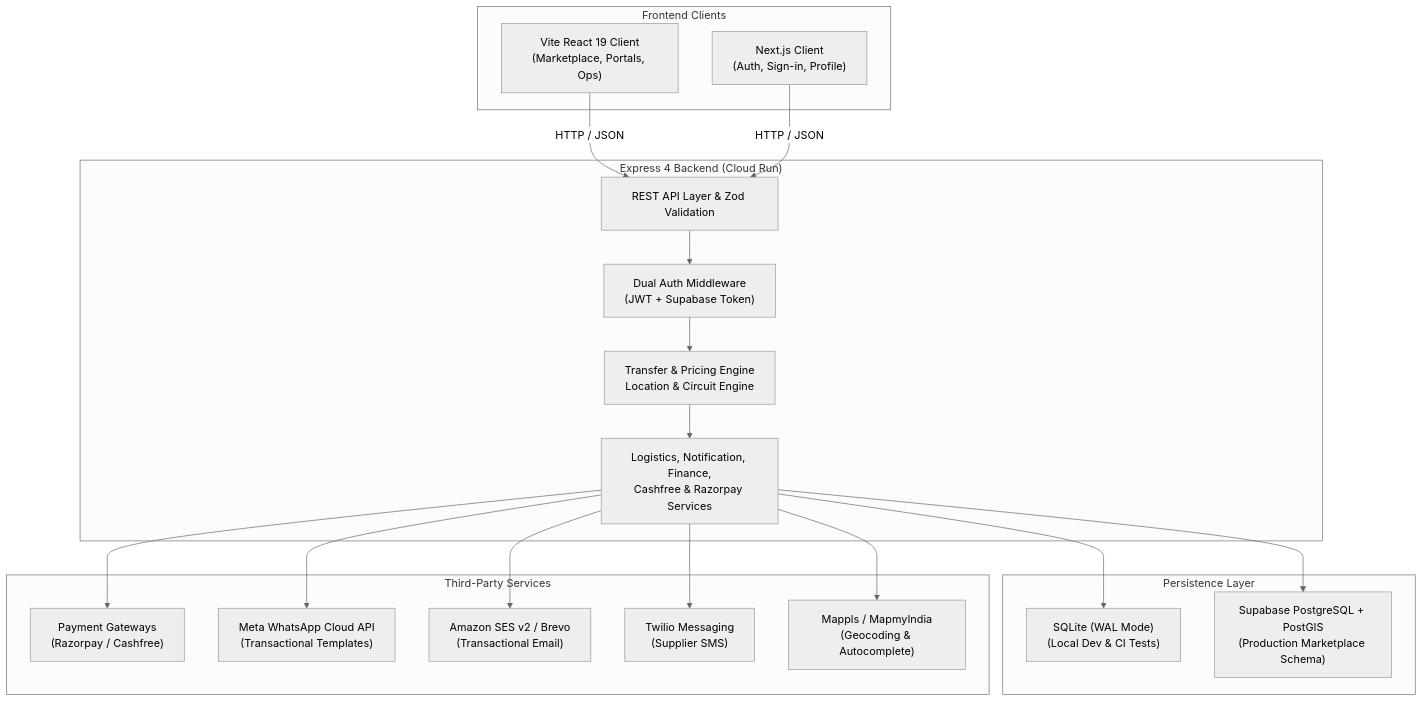
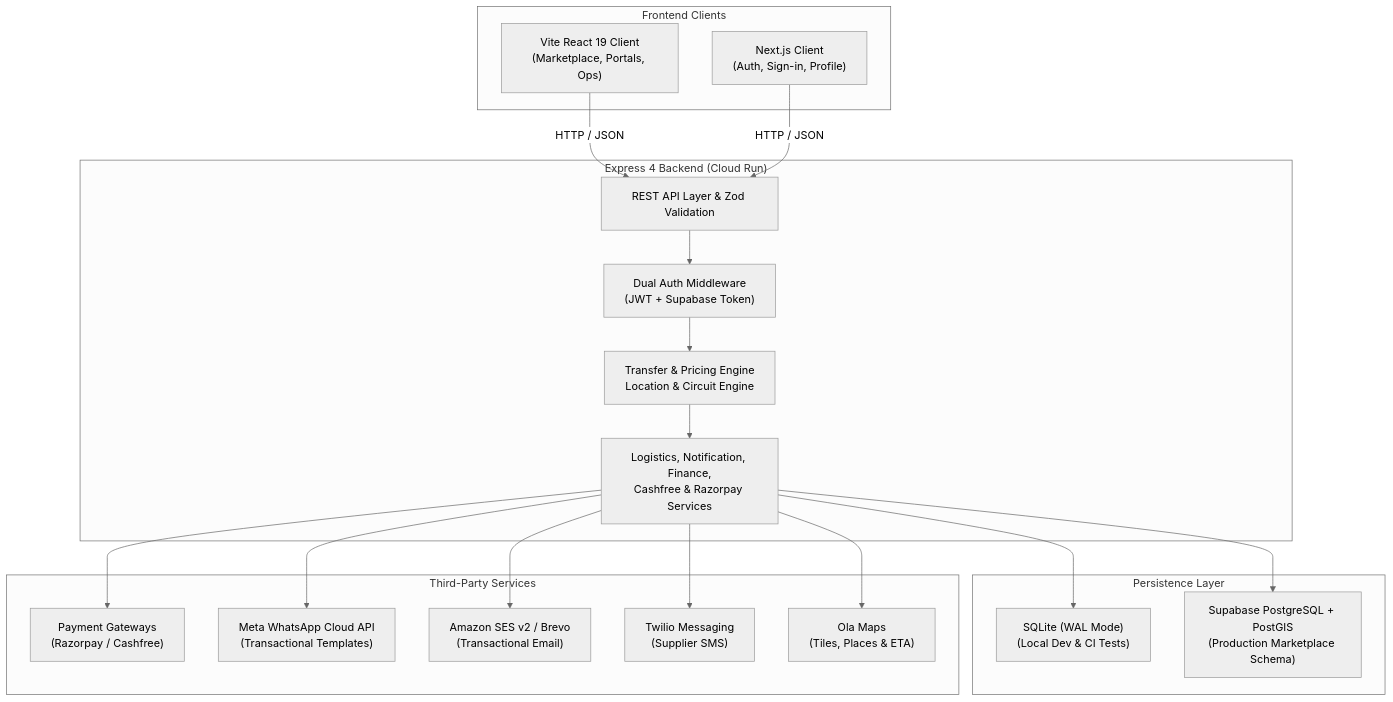
One commit to ideaholiday/itour changed the first of 5 diagrams in docs/ARCHITECTURE.md. Above: the diagram before and after it, drawn with Mermaid (neutral theme). The commit also changed other lines of this file and 23 other files, not shown here.

First line of the commit message:
feat(maps): Ola Maps for map tiles, place search, geocoding and tracking ETA

````diff
--- a/docs/ARCHITECTURE.md
+++ b/docs/ARCHITECTURE.md
@@ -10,40 +10,40 @@
 ```mermaid
 graph TD
     subgraph Clients ["Frontend Clients"]
         ViteClient["Vite React 19 Client<br/>(Marketplace, Portals, Ops)"]
         NextClient["Next.js Client<br/>(Auth, Sign-in, Profile)"]
     end
 
     subgraph Backend ["Express 4 Backend (Cloud Run)"]
         API["REST API Layer & Zod Validation"]
         AuthMdl["Dual Auth Middleware<br/>(JWT + Supabase Token)"]
         Engines["Transfer & Pricing Engine<br/>Location & Circuit Engine"]
         Services["Logistics, Notification, Finance,<br/>Cashfree & Razorpay Services"]
     end
 
     subgraph DataLayer ["Persistence Layer"]
         SQLite["SQLite (WAL Mode)<br/>(Local Dev & CI Tests)"]
         Supabase["Supabase PostgreSQL + PostGIS<br/>(Production Marketplace Schema)"]
     end
 
     subgraph External ["Third-Party Services"]
         PG["Payment Gateways<br/>(Razorpay / Cashfree)"]
         MetaWA["Meta WhatsApp Cloud API<br/>(Transactional Templates)"]
         EmailService["Amazon SES v2 / Brevo<br/>(Transactional Email)"]
         SMS["Twilio Messaging<br/>(Supplier SMS)"]
-        Mappls["Mappls / MapmyIndia<br/>(Geocoding & Autocomplete)"]
+        OlaMaps["Ola Maps<br/>(Tiles, Places & ETA)"]
     end
 
     ViteClient -->|HTTP / JSON| API
     NextClient -->|HTTP / JSON| API
     API --> AuthMdl
     AuthMdl --> Engines
     Engines --> Services
     Services --> SQLite
     Services --> Supabase
     Services --> PG
     Services --> MetaWA
     Services --> EmailService
     Services --> SMS
-    Services --> Mappls
+    Services --> OlaMaps
 ```
````
